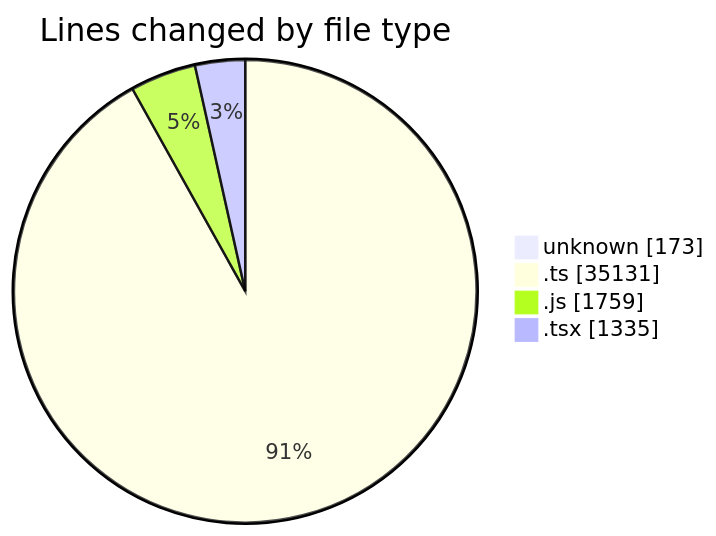
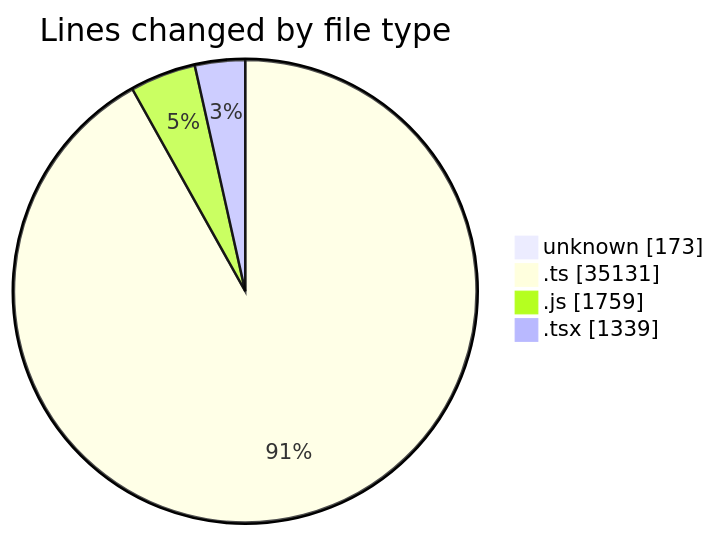
The first of 2 diagrams in 2026-08-24/cda/README.md (momahboobian/code-tracking), drawn with Mermaid before and after one commit. The commit also changed other lines of this file and 1 other file, not shown here.

````diff
--- a/2026-08-24/cda/README.md
+++ b/2026-08-24/cda/README.md
@@ -42,8 +42,8 @@
 ```mermaid
 pie showData
 title Lines changed by file type
 "unknown" : 173
 ".ts" : 35131
 ".js" : 1759
-".tsx" : 1335
+".tsx" : 1339
 ```
````
